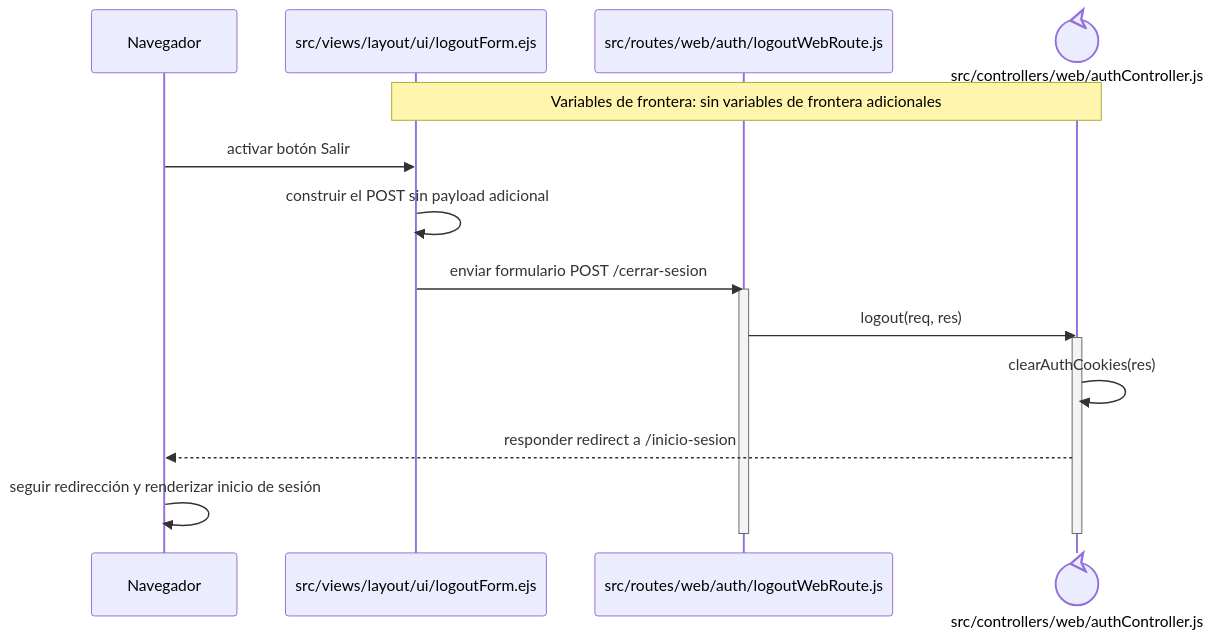
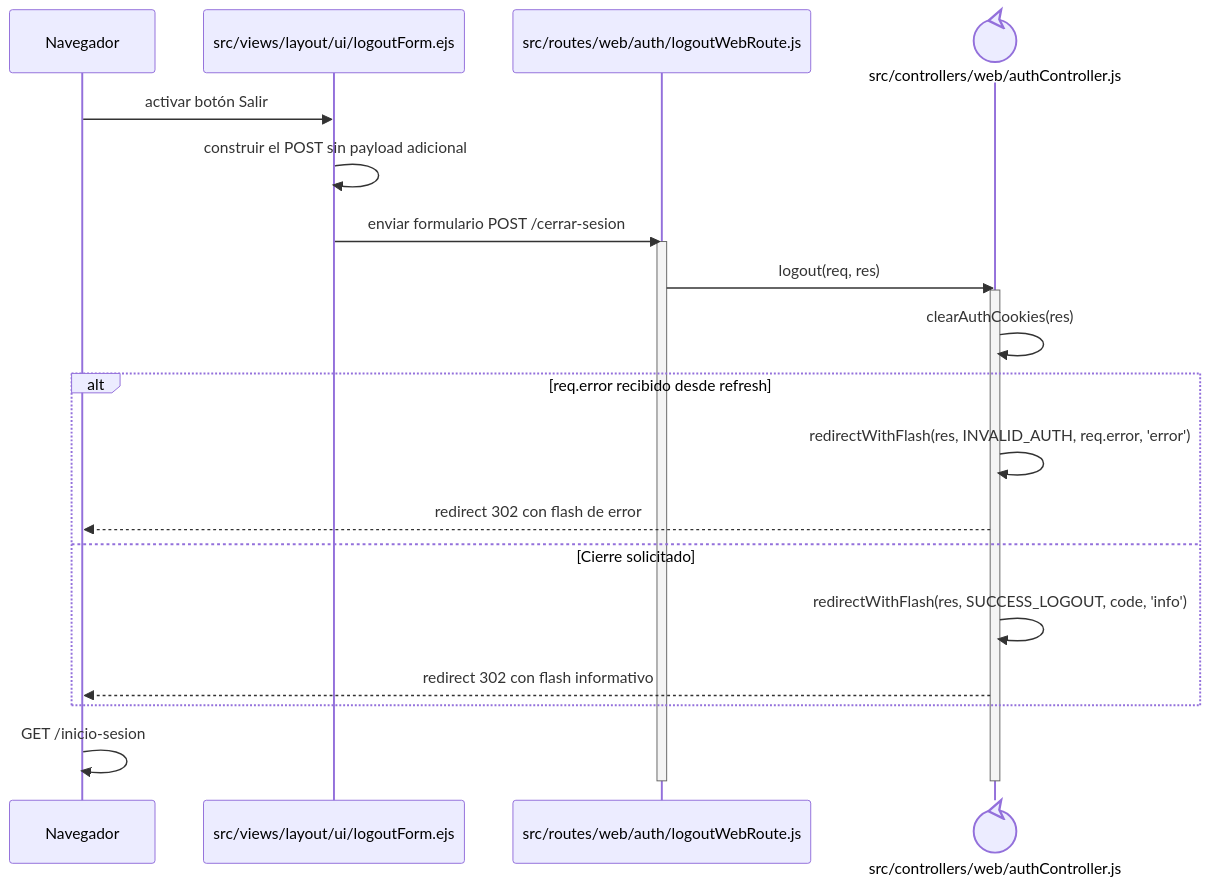
The diagram in docs/architecture/frontend-code-sequences/authentication/cu-aut-02.md (gpgsistemas01/nexus), drawn with Mermaid before and after one commit. The commit also changed 148 other files, not shown here.

````diff
--- a/docs/architecture/frontend-code-sequences/authentication/cu-aut-02.md
+++ b/docs/architecture/frontend-code-sequences/authentication/cu-aut-02.md
@@ -6,20 +6,25 @@
 ```mermaid
 sequenceDiagram
     participant Browser as Navegador
     participant View as src/views/layout/ui/logoutForm.ejs
     participant Route as src/routes/web/auth/logoutWebRoute.js
     participant Controller@{ "type": "control" } as src/controllers/web/authController.js
-    Note over View,Controller: Variables de frontera: sin variables de frontera adicionales
 
     Browser->>View: activar botón Salir
     View->>View: construir el POST sin payload adicional
     View->>Route: enviar formulario POST /cerrar-sesion
     activate Route
     Route->>Controller: logout(req, res)
     activate Controller
     Controller->>Controller: clearAuthCookies(res)
-    Controller-->>Browser: responder redirect a /inicio-sesion
-    Browser->>Browser: seguir redirección y renderizar inicio de sesión
+    alt req.error recibido desde refresh
+        Controller->>Controller: redirectWithFlash(res, INVALID_AUTH, req.error, 'error')
+        Controller-->>Browser: redirect 302 con flash de error
+    else Cierre solicitado
+        Controller->>Controller: redirectWithFlash(res, SUCCESS_LOGOUT, code, 'info')
+        Controller-->>Browser: redirect 302 con flash informativo
+    end
+    Browser->>Browser: GET /inicio-sesion
     deactivate Controller
     deactivate Route
 ```
````
